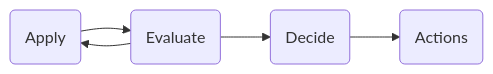
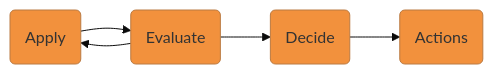
One commit to msupply-foundation/conforma-docs changed the diagram in content/docs/about/introduction.md. Above: the diagram before and after it, drawn with Mermaid. The commit also changed 1 other file, not shown here.

Commit message:
colour update

```diff
--- a/content/docs/about/introduction.md
+++ b/content/docs/about/introduction.md
@@ -28,7 +28,8 @@
 <div class="mermaid" align="center">
+%%{init: {'theme': 'base', 'themeVariables': { 'primaryColor': '#f2913d'}}}%%
 graph LR
     A(Apply) --> B(Evaluate)
     B --> A
     B --> C(Decide)
     C --> D(Actions)
 </div>
```
